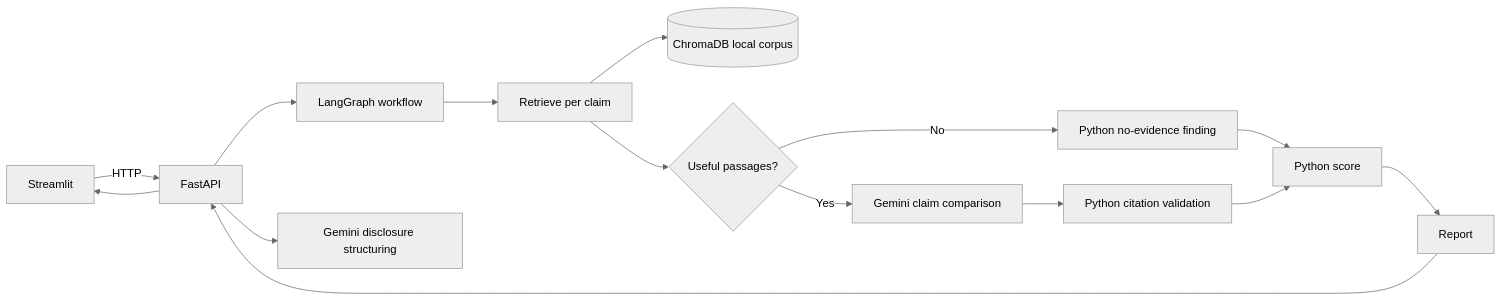
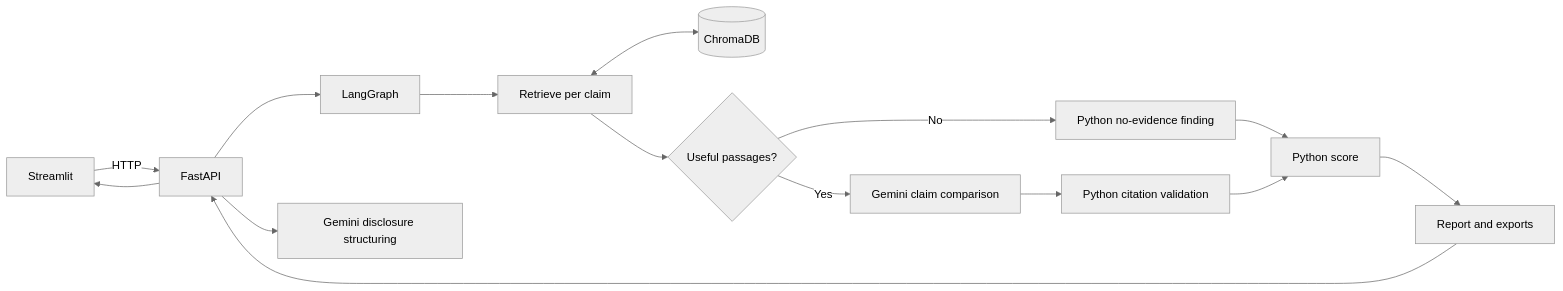
Before and after one commit to Narendra092003/ip-lens-prior-art-analysis: the diagram in README.md, drawn with Mermaid (neutral theme). The commit also changed other lines of this file and 41 other files, not shown here.

````diff
--- a/README.md
+++ b/README.md
@@ -7,17 +30,16 @@
 ```mermaid
 flowchart LR
     UI[Streamlit] -->|HTTP| API[FastAPI]
-    API --> WF[LangGraph workflow]
-    WF --> RET[Retrieve per claim]
-    RET --> CH[(ChromaDB local corpus)]
+    API --> LG[LangGraph]
+    LG --> RET[Retrieve per claim]
+    RET <--> CH[(ChromaDB)]
     RET --> ROUTE{Useful passages?}
     ROUTE -->|Yes| CMP[Gemini claim comparison]
-    ROUTE -->|No| PY[Python no-evidence finding]
+    ROUTE -->|No| NOE[Python no-evidence finding]
     CMP --> VALID[Python citation validation]
-    PY --> SCORE[Python score]
+    NOE --> SCORE[Python score]
     VALID --> SCORE
-    SCORE --> REPORT[Report]
-    API --> GEM[Gemini disclosure structuring]
-    REPORT --> API
-    API --> UI
+    SCORE --> REPORT[Report and exports]
+    API --> EXT[Gemini disclosure structuring]
+    REPORT --> API --> UI
 ```
````
